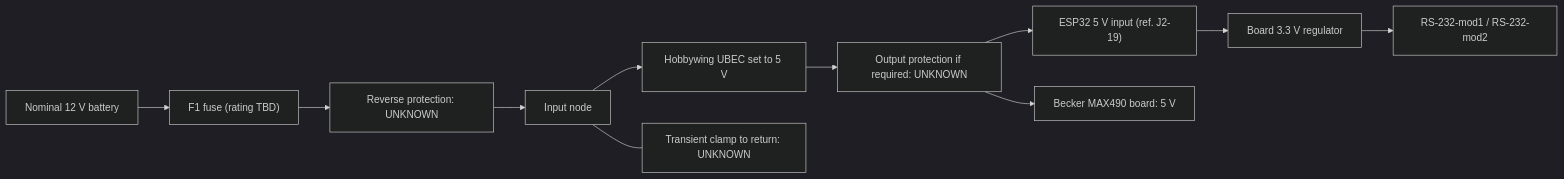
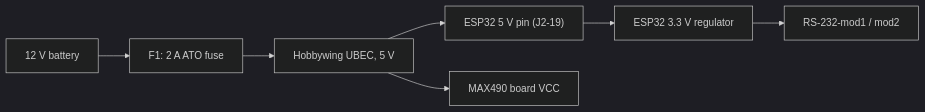
The second of 2 diagrams in docs/hardware/wiring.md (MomoRC-tech/Becker-AR6201-to-OpenSoar), drawn with Mermaid (dark theme) before and after one commit. The commit also changed other lines of this file and 6 other files, not shown here.

````diff
--- a/docs/hardware/wiring.md
+++ b/docs/hardware/wiring.md
@@ -117,11 +149,9 @@
 ```mermaid
 flowchart LR
-    S["Nominal 12 V battery"] --> F1["F1 fuse (rating TBD)"]
-    F1 --> P["Reverse protection: UNKNOWN"]
-    P --> I[Input node] --> B["Hobbywing UBEC set to 5 V"]
-    I --- T["Transient clamp to return: UNKNOWN"]
-    B --> V["Output protection if required: UNKNOWN"] --> E["ESP32 5 V input (ref. J2-19)"]
-    E --> R[Board 3.3 V regulator]
-    R --> C["RS-232-mod1 / RS-232-mod2"]
-    V --> Q["Becker MAX490 board: 5 V"]
+    S["12 V battery"] --> F1["F1: 2 A ATO fuse"]
+    F1 --> B["Hobbywing UBEC, 5 V"]
+    B --> E["ESP32 5 V pin (J2-19)"]
+    B --> Q["MAX490 board VCC"]
+    E --> R["ESP32 3.3 V regulator"]
+    R --> C["RS-232-mod1 / mod2"]
 ```
````
